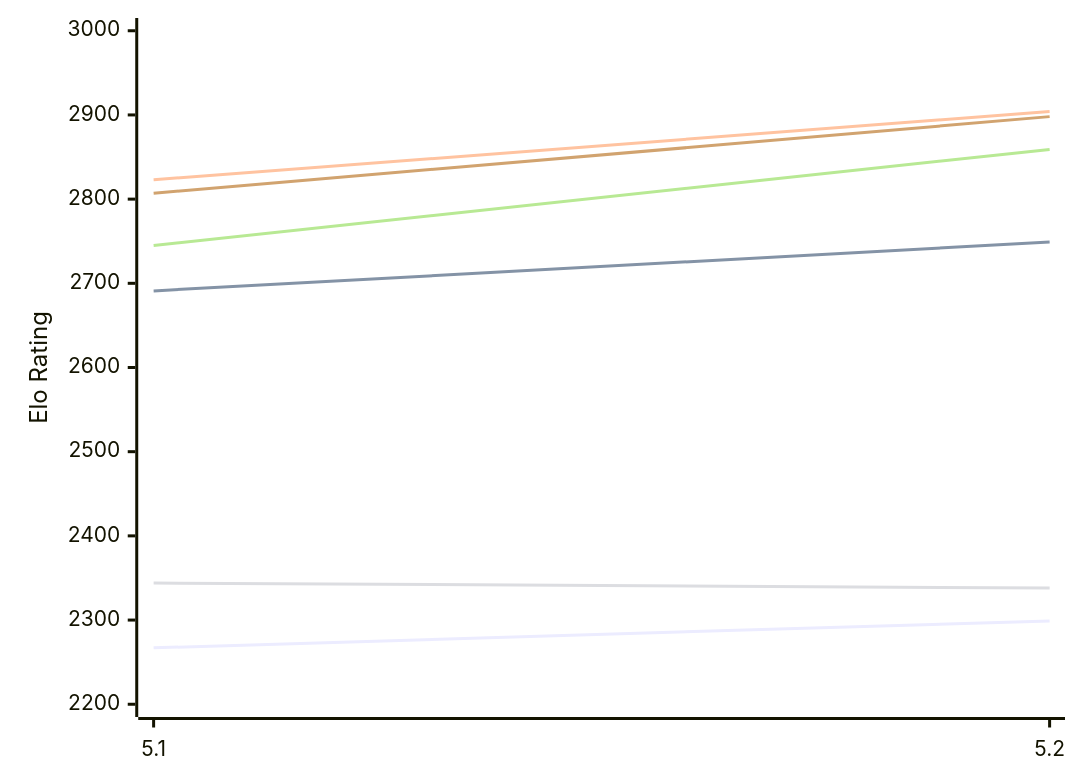
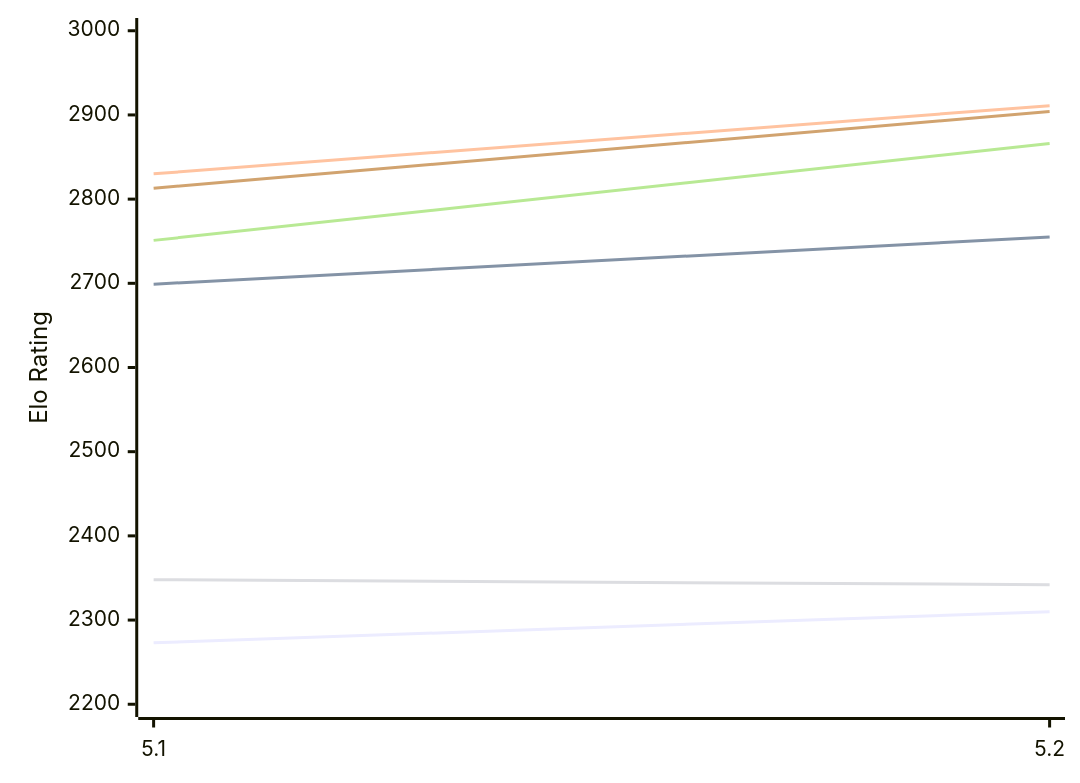
Before and after one commit to computer-chess-index/cci: the first of 2 diagrams in engines/Dorky.md, drawn with Mermaid. The commit also changed other lines of this file, not shown here.

Commit message:
Update CCI Ratings (ELO VLTC) - 2026-11-03

````diff
--- a/engines/Dorky.md
+++ b/engines/Dorky.md
@@ -50,12 +50,12 @@
 ```mermaid
 %%{init: {"theme":"base","themeVariables":{"seriesColors:['#a3a3a3','#222221','#faa371']}}}%%
 xychart-beta
   x-axis ["5.1", "5.2"]
   y-axis "Elo Rating" 2200 --> 3000
-  line "E1: STC (8.0+0.08s)" [2267, 2299]
-  line "E1: LTC (60.0+0.60s)" [2691, 2749]
-  line "E1: VLTC (2m24s+1.12s)" [2823, 2904]
-  line "P1: STC (8.0+0.08s)" [2344, 2338]
-  line "P1: LTC (60.0+0.60s)" [2745, 2859]
-  line "P1: VLTC (2m24s+1.12s)" [2807, 2898]
+  line "E1: STC (8.0+0.08s)" [2273, 2310]
+  line "E1: LTC (60.0+0.60s)" [2699, 2755]
+  line "E1: VLTC (2m24s+1.12s)" [2830, 2911]
+  line "P1: STC (8.0+0.08s)" [2348, 2342]
+  line "P1: LTC (60.0+0.60s)" [2751, 2866]
+  line "P1: VLTC (2m24s+1.12s)" [2813, 2904]
 ```
````
